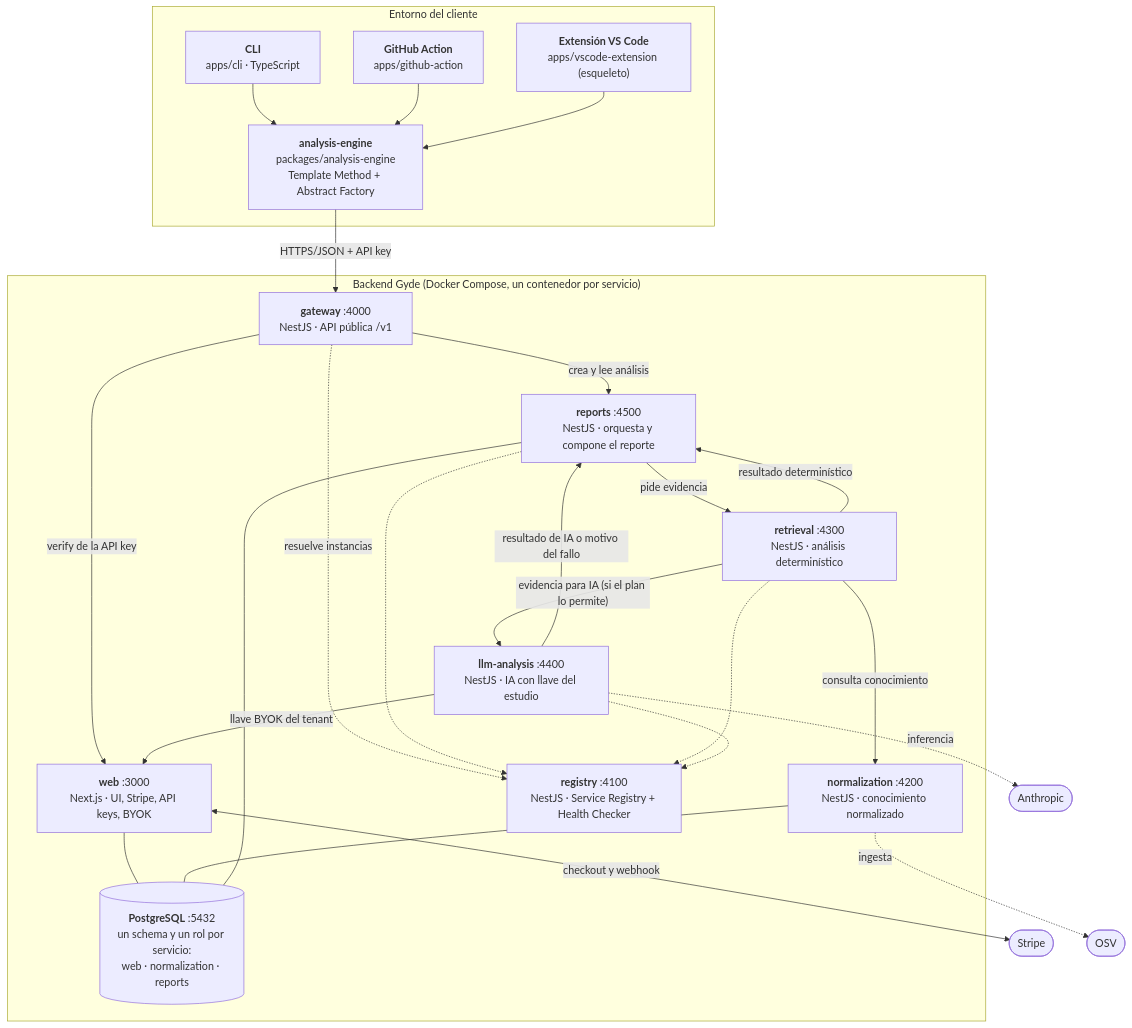
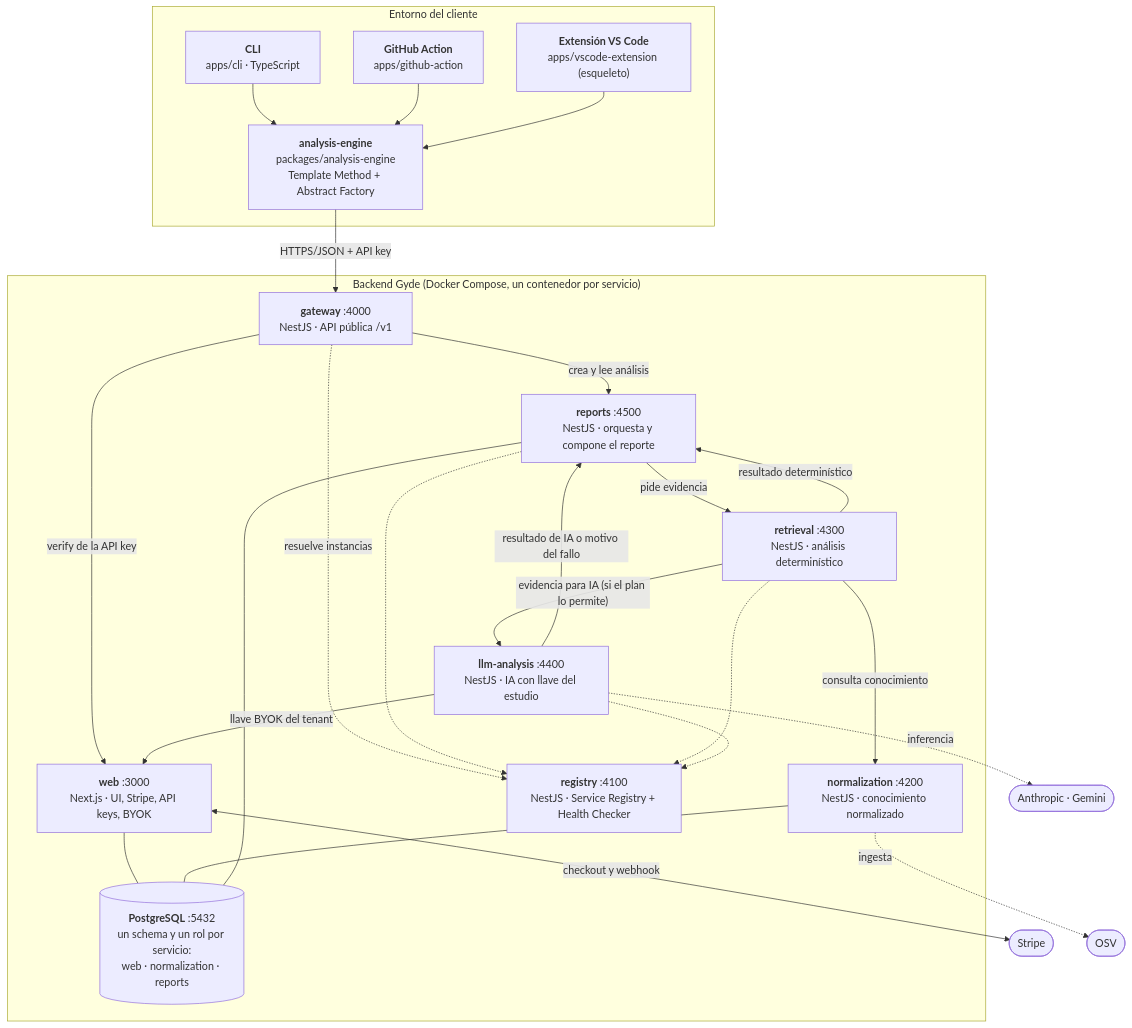
The second of 7 diagrams in docs/architecture/05-modelo-c4.md (Bokter/Gyde), drawn with Mermaid before and after one commit. The commit also changed other lines of this file and 5 other files, not shown here.

````diff
--- a/docs/architecture/05-modelo-c4.md
+++ b/docs/architecture/05-modelo-c4.md
@@ -35,45 +35,45 @@
 ```mermaid
 flowchart TB
     subgraph cliente["Entorno del cliente"]
         cli["<b>CLI</b><br/>apps/cli · TypeScript"]
         action["<b>GitHub Action</b><br/>apps/github-action"]
         vsc["<b>Extensión VS Code</b><br/>apps/vscode-extension (esqueleto)"]
         engine["<b>analysis-engine</b><br/>packages/analysis-engine<br/>Template Method + Abstract Factory"]
     end
     subgraph backend["Backend Gyde (Docker Compose, un contenedor por servicio)"]
         gw["<b>gateway</b> :4000<br/>NestJS · API pública /v1"]
         web["<b>web</b> :3000<br/>Next.js · UI, Stripe, API keys, BYOK"]
         rep["<b>reports</b> :4500<br/>NestJS · orquesta y compone el reporte"]
         ret["<b>retrieval</b> :4300<br/>NestJS · análisis determinístico"]
         norm["<b>normalization</b> :4200<br/>NestJS · conocimiento normalizado"]
         llm["<b>llm-analysis</b> :4400<br/>NestJS · IA con llave del estudio"]
         reg["<b>registry</b> :4100<br/>NestJS · Service Registry + Health Checker"]
         pg[("<b>PostgreSQL</b> :5432<br/>un schema y un rol por servicio:<br/>web · normalization · reports")]
     end
     stripe(["Stripe"])
     fuentes(["OSV"])
-    ia(["Anthropic"])
+    ia(["Anthropic · Gemini"])
 
     cli --> engine
     action --> engine
     vsc --> engine
     engine -->|"HTTPS/JSON + API key"| gw
     gw -->|"verify de la API key"| web
     gw -->|"crea y lee análisis"| rep
     rep -->|"pide evidencia"| ret
     ret -->|"consulta conocimiento"| norm
     ret -->|"evidencia para IA (si el plan lo permite)"| llm
     ret -->|"resultado determinístico"| rep
     llm -->|"resultado de IA o motivo del fallo"| rep
     llm -->|"llave BYOK del tenant"| web
     web <-->|"checkout y webhook"| stripe
     norm -.->|"ingesta"| fuentes
     llm -.->|"inferencia"| ia
     web --- pg
     norm --- pg
     rep --- pg
     gw -.->|"resuelve instancias"| reg
     rep -.-> reg
     ret -.-> reg
     llm -.-> reg
 ```
````
